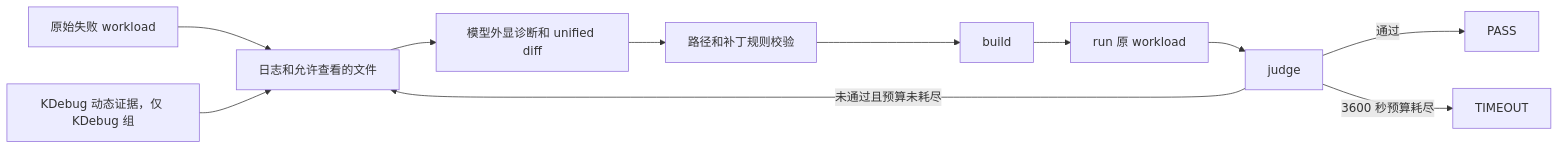
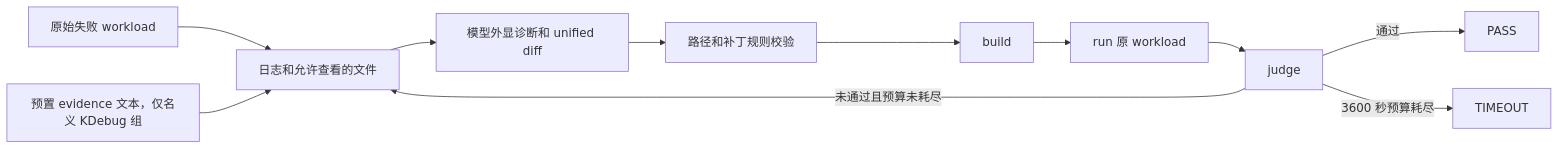
Before and after one commit to ysyx-22040210-yudian/xverif: the diagram in doc/benchmark_model_case_analysis.md, drawn with Mermaid. The commit also changed other lines of this file and 3 other files, not shown here.

````diff
--- a/doc/benchmark_model_case_analysis.md
+++ b/doc/benchmark_model_case_analysis.md
@@ -57,13 +63,13 @@
 ```mermaid
 flowchart LR
     A["原始失败 workload"] --> B["日志和允许查看的文件"]
-    K["KDebug 动态证据，仅 KDebug 组"] --> B
+    K["预置 evidence 文本，仅名义 KDebug 组"] --> B
     B --> C["模型外显诊断和 unified diff"]
     C --> D["路径和补丁规则校验"]
     D --> E["build"]
     E --> F["run 原 workload"]
     F --> G["judge"]
     G -->|"未通过且预算未耗尽"| B
     G -->|"通过"| P["PASS"]
     G -->|"3600 秒预算耗尽"| T["TIMEOUT"]
 ```
````
